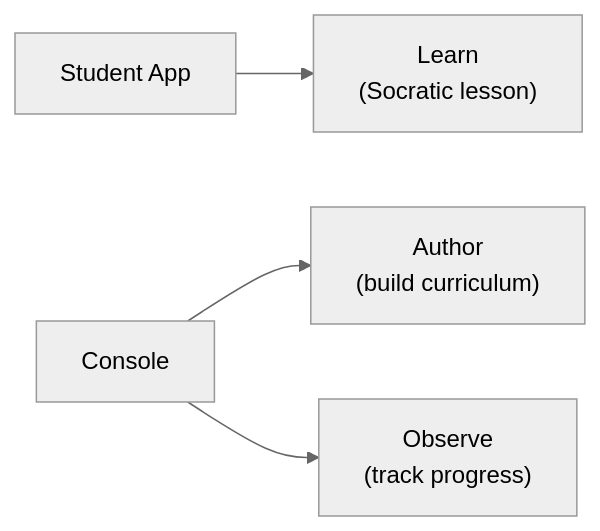
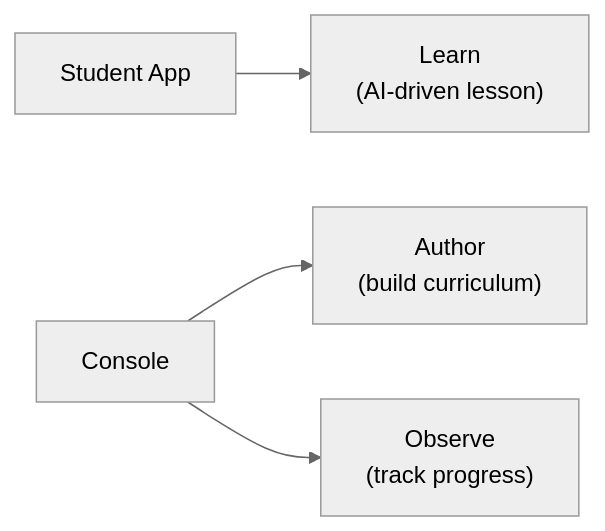
One commit to stemolly/wiki changed the second of 2 diagrams in src/content/docs/product/overview.md. Above: the diagram before and after it, drawn with Mermaid (neutral theme). The commit also changed other lines of this file and 51 other files, not shown here.

````diff
--- a/src/content/docs/product/overview.md
+++ b/src/content/docs/product/overview.md
@@ -68,11 +62,11 @@
 ```mermaid
 graph LR
     Student["Student App"]
-    Console["Console"]
-    Learn["Learn<br/>(Socratic lesson)"]
+    C["Console"]
+    Learn["Learn<br/>(AI-driven lesson)"]
     Author["Author<br/>(build curriculum)"]
     Observe["Observe<br/>(track progress)"]
     Student --> Learn
-    Console --> Author
-    Console --> Observe
+    C --> Author
+    C --> Observe
 ```
````
